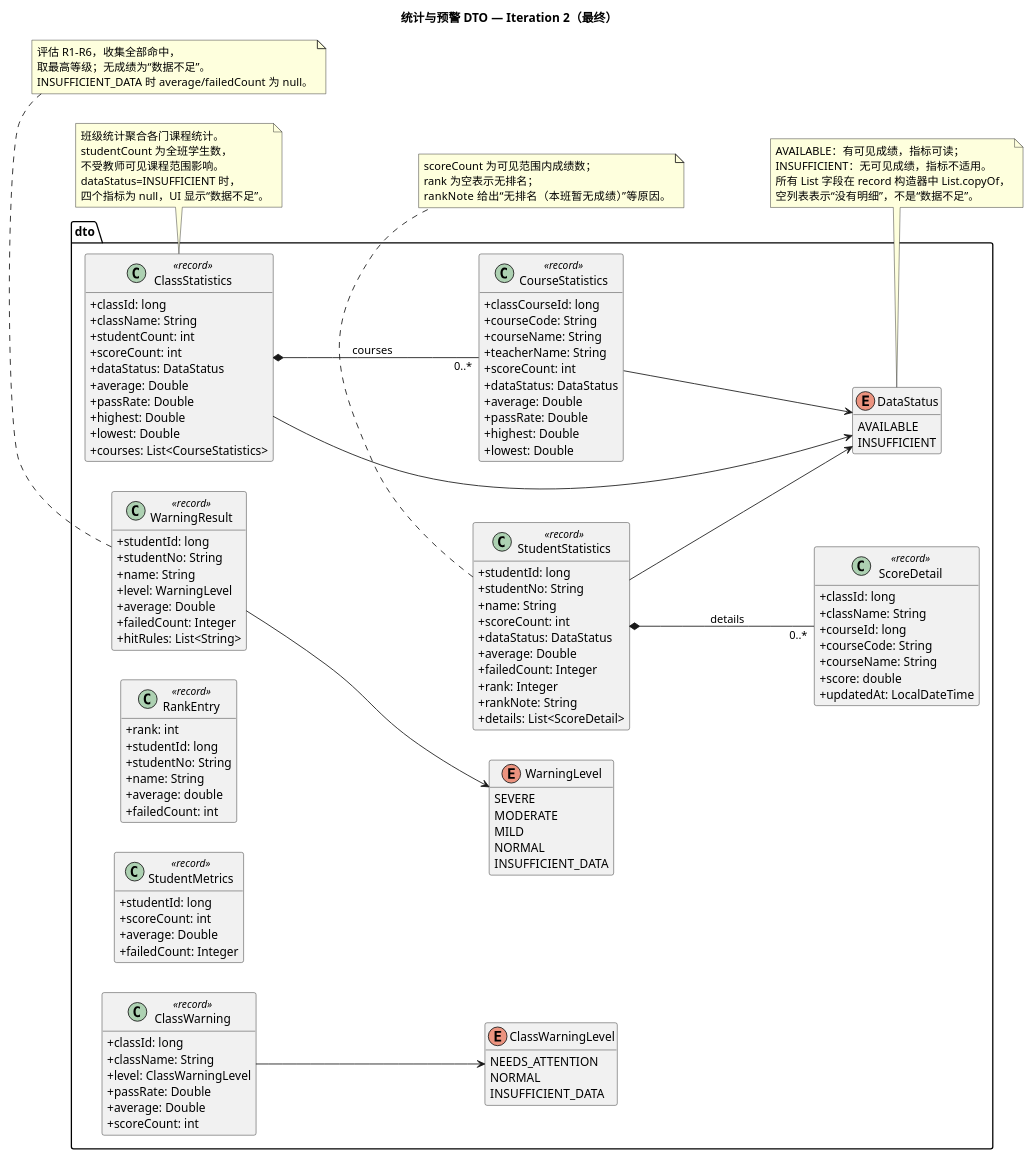
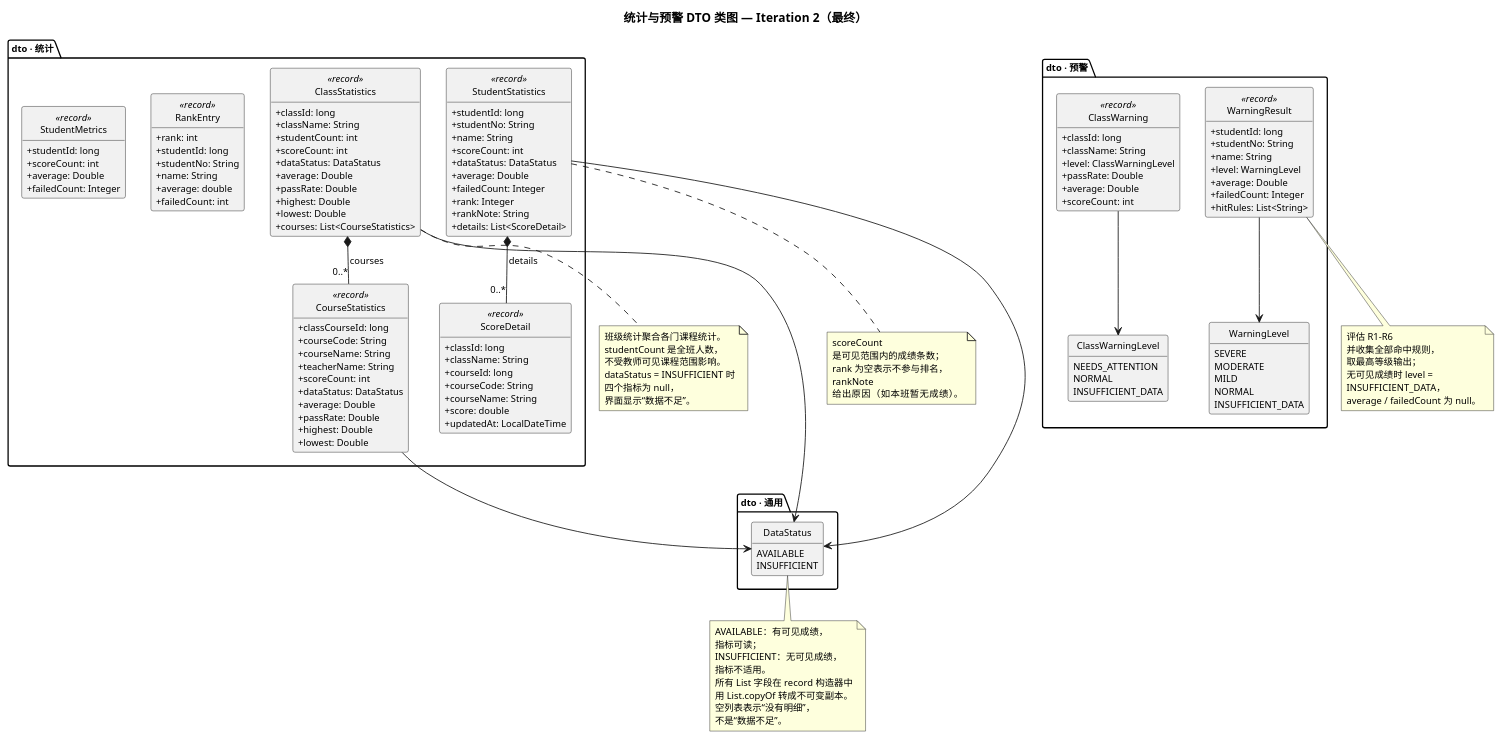
One commit to 382479637/Black-horse-Intelligent-Learning-Auxiliary-System changed the diagram in docs/design/iterations/iteration-2/diagrams/class-dto-iteration-2.puml. Above: the diagram before and after it, drawn with PlantUML. The commit also changed 11 other files, not shown here.

First line of the commit message:
Redraw final Iteration-2 class diagrams and use case diagram

```diff
--- a/docs/design/iterations/iteration-2/diagrams/class-dto-iteration-2.puml
+++ b/docs/design/iterations/iteration-2/diagrams/class-dto-iteration-2.puml
@@ -1,137 +1,151 @@
 @startuml
-title 统计与预警 DTO — Iteration 2（最终）
+title 统计与预警 DTO 类图 — Iteration 2（最终）
 skinparam classAttributeIconSize 0
+skinparam defaultFontName "Microsoft YaHei"
+skinparam defaultFontSize 11
+skinparam wrapWidth 165
+skinparam nodesep 30
+skinparam ranksep 40
 hide empty members
-left to right direction
+hide circle
+top to bottom direction
 
-package "dto" {
+package "dto · 统计" {
   class ClassStatistics <<record>> {
     + classId: long
     + className: String
     + studentCount: int
     + scoreCount: int
     + dataStatus: DataStatus
     + average: Double
     + passRate: Double
     + highest: Double
     + lowest: Double
     + courses: List<CourseStatistics>
   }
   class CourseStatistics <<record>> {
     + classCourseId: long
     + courseCode: String
     + courseName: String
     + teacherName: String
     + scoreCount: int
     + dataStatus: DataStatus
     + average: Double
     + passRate: Double
     + highest: Double
     + lowest: Double
   }
   class StudentStatistics <<record>> {
     + studentId: long
     + studentNo: String
     + name: String
     + scoreCount: int
     + dataStatus: DataStatus
     + average: Double
     + failedCount: Integer
     + rank: Integer
     + rankNote: String
     + details: List<ScoreDetail>
   }
   class ScoreDetail <<record>> {
     + classId: long
     + className: String
     + courseId: long
     + courseCode: String
     + courseName: String
     + score: double
     + updatedAt: LocalDateTime
   }
   class RankEntry <<record>> {
     + rank: int
     + studentId: long
     + studentNo: String
     + name: String
     + average: double
     + failedCount: int
   }
   class StudentMetrics <<record>> {
     + studentId: long
     + scoreCount: int
     + average: Double
     + failedCount: Integer
   }
+}
+
+package "dto · 预警" {
   class WarningResult <<record>> {
     + studentId: long
     + studentNo: String
     + name: String
     + level: WarningLevel
     + average: Double
     + failedCount: Integer
     + hitRules: List<String>
   }
   class ClassWarning <<record>> {
     + classId: long
     + className: String
     + level: ClassWarningLevel
     + passRate: Double
     + average: Double
     + scoreCount: int
   }
   enum WarningLevel {
     SEVERE
     MODERATE
     MILD
     NORMAL
     INSUFFICIENT_DATA
   }
   enum ClassWarningLevel {
     NEEDS_ATTENTION
     NORMAL
     INSUFFICIENT_DATA
   }
+}
+
+package "dto · 通用" {
   enum DataStatus {
     AVAILABLE
     INSUFFICIENT
   }
 }
 
 ClassStatistics *-- "0..*" CourseStatistics : courses
 StudentStatistics *-- "0..*" ScoreDetail : details
 ClassStatistics --> DataStatus
 CourseStatistics --> DataStatus
 StudentStatistics --> DataStatus
 WarningResult --> WarningLevel
 ClassWarning --> ClassWarningLevel
 
 note bottom of ClassStatistics
   班级统计聚合各门课程统计。
-  studentCount 为全班学生数，
+  studentCount 是全班人数，
   不受教师可见课程范围影响。
-  dataStatus=INSUFFICIENT 时，
-  四个指标为 null，UI 显示“数据不足”。
+  dataStatus = INSUFFICIENT 时
+  四个指标为 null，界面显示“数据不足”。
 end note
 
 note bottom of StudentStatistics
-  scoreCount 为可见范围内成绩数；
-  rank 为空表示无排名；
-  rankNote 给出“无排名（本班暂无成绩）”等原因。
+  scoreCount 是可见范围内的成绩条数；
+  rank 为空表示不参与排名，
+  rankNote 给出原因（如本班暂无成绩）。
 end note
 
 note bottom of WarningResult
-  评估 R1–R6，收集全部命中，
-  取最高等级；无成绩为“数据不足”。
-  INSUFFICIENT_DATA 时 average/failedCount 为 null。
+  评估 R1–R6 并收集全部命中规则，
+  取最高等级输出；
+  无可见成绩时 level = INSUFFICIENT_DATA，
+  average / failedCount 为 null。
 end note
 
 note bottom of DataStatus
   AVAILABLE：有可见成绩，指标可读；
   INSUFFICIENT：无可见成绩，指标不适用。
-  所有 List 字段在 record 构造器中 List.copyOf，
+  所有 List 字段在 record 构造器中
+  用 List.copyOf 转成不可变副本。
   空列表表示“没有明细”，不是“数据不足”。
 end note
 
 @enduml
```
